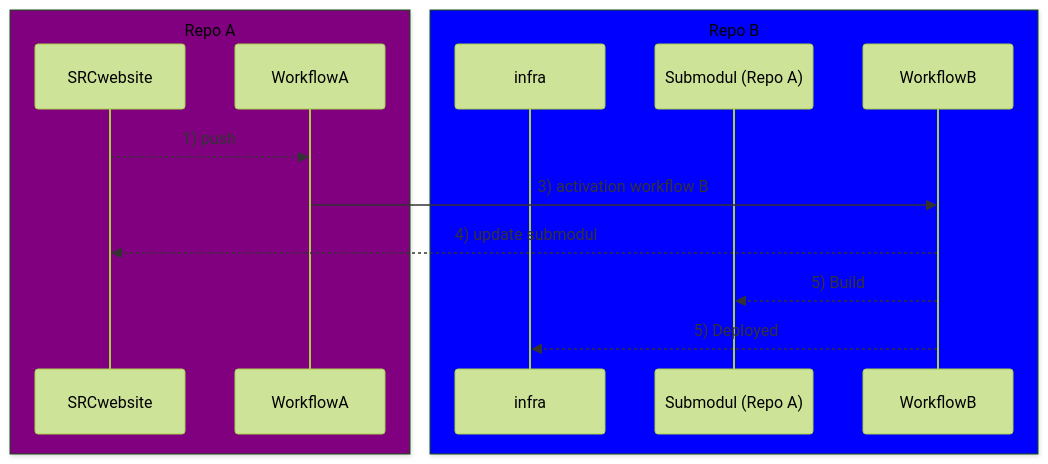
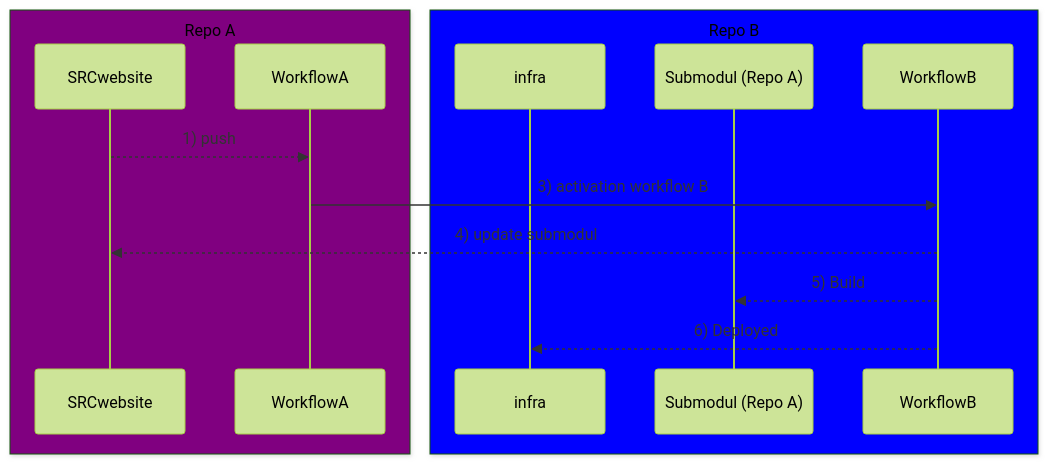
The diagram in README.md (TheotimChevalier/Repo-B), drawn with Mermaid (forest theme) before and after one commit. The commit also changed other lines of this file, not shown here.

````diff
--- a/README.md
+++ b/README.md
@@ -13,19 +57,18 @@
 ```mermaid
-
-    sequenceDiagram
+sequenceDiagram
     box Purple Repo A
     participant SRCwebsite
     participant WorkflowA
     end
     box blue Repo B
     participant infra
     participant Submodul (Repo A)
-    participant  WorkflowB
+    participant WorkflowB
     end
 
-    SRCwebsite-->>  WorkflowA: 1) push
-     WorkflowA->>  WorkflowB: 3) activation workflow B 
-     WorkflowB-->>  SRCwebsite: 4) update submodul
-     WorkflowB-->>Submodul (Repo A): 5)  Build
-    WorkflowB-->>infra : 5)  Deployed
+    SRCwebsite-->>WorkflowA: 1) push
+    WorkflowA->>WorkflowB: 3) activation workflow B
+    WorkflowB-->>SRCwebsite: 4) update submodul
+    WorkflowB-->>Submodul (Repo A): 5) Build
+    WorkflowB-->>infra: 6) Deployed
 ```
````
